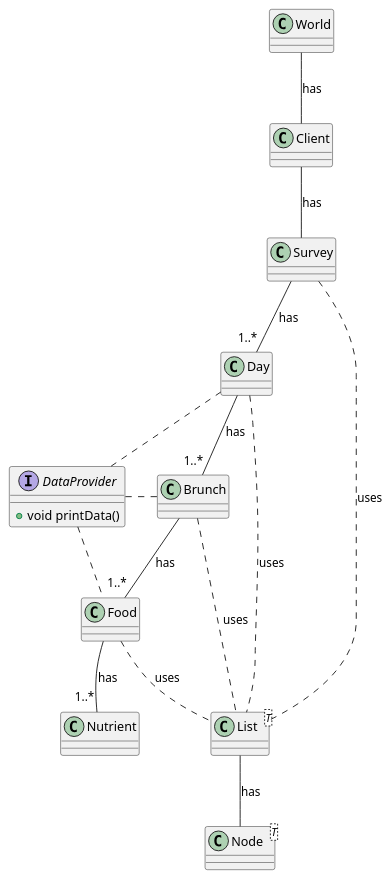
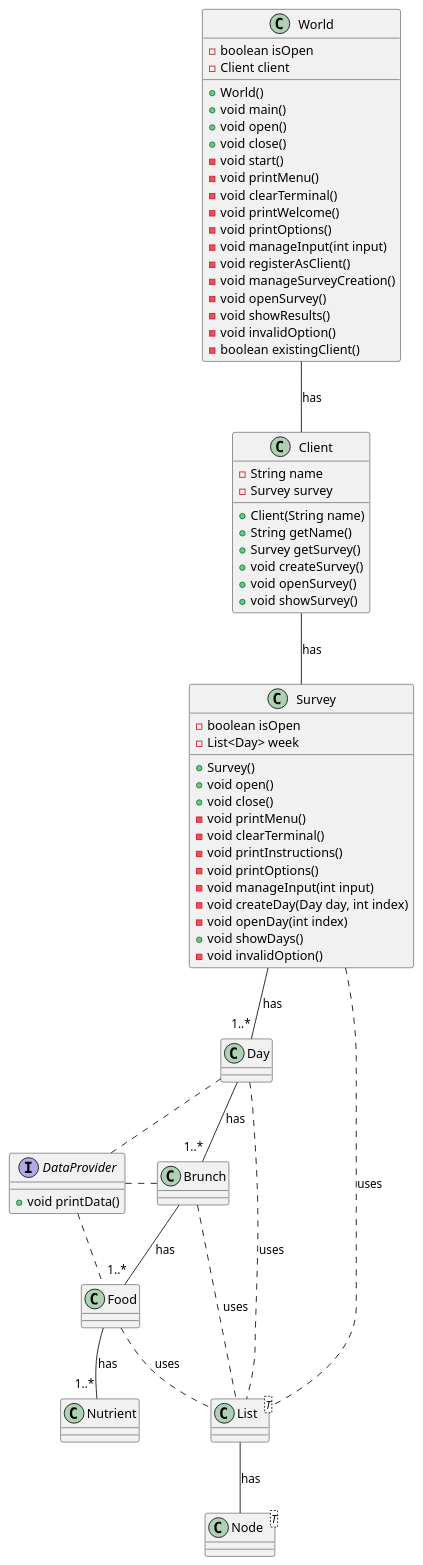
One commit to mmasias/23-24-eda1 changed the diagram in entregas/quiñonezJorge/modeloDeDominio/ClassDiagram.puml. Above: the diagram before and after it, drawn with PlantUML.

Commit message:
updating-class-diagram-with-atributes-and-methods-of-World-Client-and-Survey

```diff
--- a/entregas/quiñonezJorge/modeloDeDominio/ClassDiagram.puml
+++ b/entregas/quiñonezJorge/modeloDeDominio/ClassDiagram.puml
@@ -1,33 +1,77 @@
 @startuml class diagram
 
 interface DataProvider{
  + void printData()
 }
-class World{}
-class Client{}
-class Survey{}
+class World{
+ - boolean isOpen
+ - Client client
+ + World()
+ + void main()
+ + void open()
+ + void close()
+ - void start()
+ - void printMenu()
+ - void clearTerminal()
+ - void printWelcome()
+ - void printOptions()
+ - void manageInput(int input)
+ - void registerAsClient()
+ - void manageSurveyCreation()
+ - void openSurvey()
+ - void showResults()
+ - void invalidOption()
+ - boolean existingClient()
+}
+class Client{
+ - String name
+ - Survey survey
+
+ + Client(String name)
+ + String getName()
+ + Survey getSurvey()
+ + void createSurvey()
+ + void openSurvey()
+ + void showSurvey()
+}
+class Survey{
+ - boolean isOpen
+ - List<Day> week
+
+ + Survey()
+ + void open()
+ + void close()
+ - void printMenu()
+ - void clearTerminal()
+ - void printInstructions()
+ - void printOptions()
+ - void manageInput(int input)
+ - void createDay(Day day, int index)
+ - void openDay(int index)
+ + void showDays()
+ - void invalidOption()
+}
 class Day{}
 class Brunch{}
 class Food{}
 class Nutrient{}
-' class Tree<T>{}
 class Node<T>{}
 class List<T>{}
 
 
 World -- Client : has
 Client -- Survey : has
 Survey -- "1..*" Day : has
 Survey .. List : uses
 Day .. List : uses
 Day -- "1..*" Brunch : has
 Day .. DataProvider
 Brunch .. List : uses
 Brunch -- "1..*" Food : has
 Brunch .left. DataProvider
 Food .. List : uses
 Food -- "1..*" Nutrient : has
 Food .left. DataProvider
 ' Tree -- Node : has
 List -- Node : has
 @enduml
```
